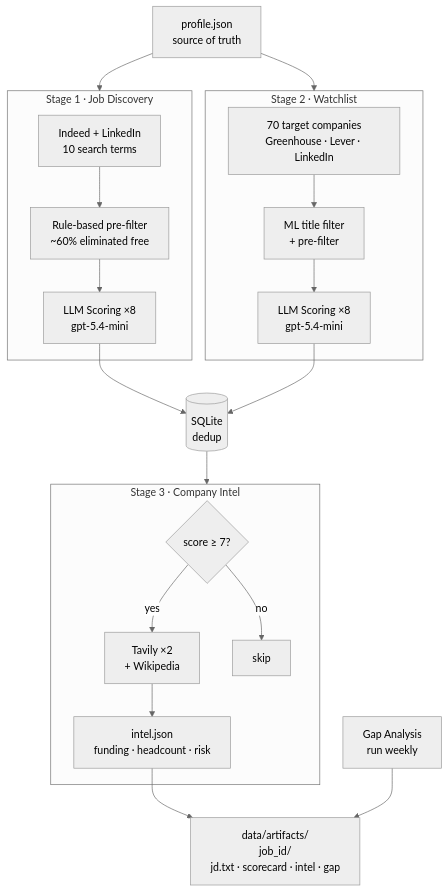
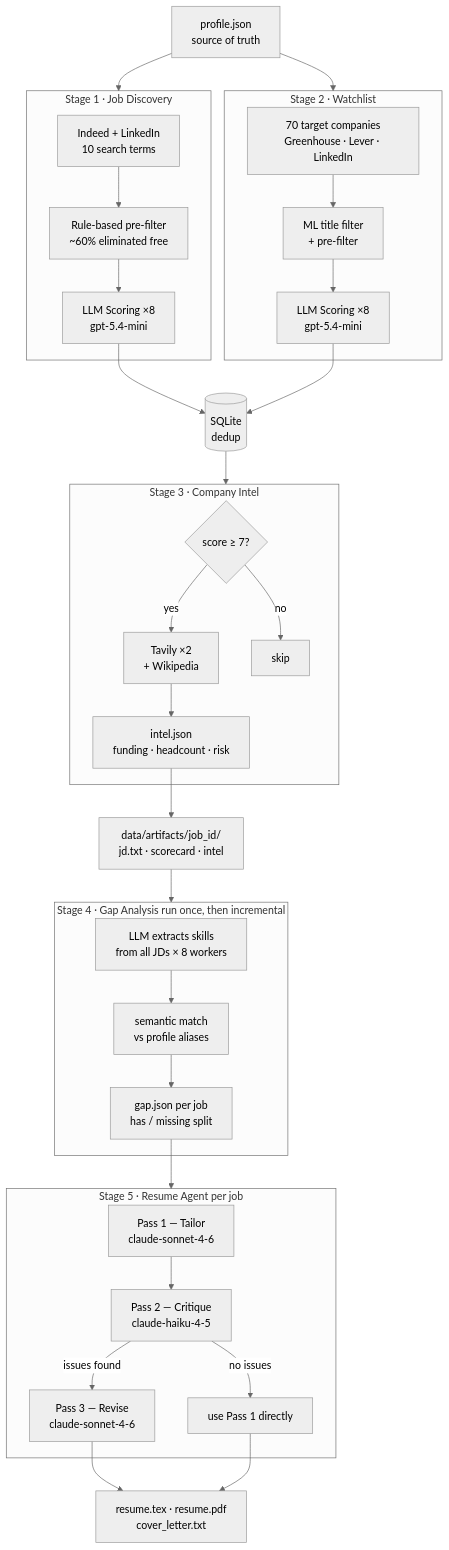
The diagram in README.md (shivangsingh26/dossier), drawn with Mermaid (neutral theme) before and after one commit. The commit also changed other lines of this file, not shown here.

````diff
--- a/README.md
+++ b/README.md
@@ -222,27 +227,41 @@
 ```mermaid
 flowchart TD
     P[profile.json\nsource of truth] --> D & W
 
     subgraph D[" Stage 1 · Job Discovery "]
         D1[Indeed + LinkedIn\n10 search terms] --> D2[Rule-based pre-filter\n~60% eliminated free]
         D2 --> D3[LLM Scoring ×8\ngpt-5.4-mini]
     end
 
     subgraph W[" Stage 2 · Watchlist "]
         W1[70 target companies\nGreenhouse · Lever · LinkedIn] --> W2[ML title filter\n+ pre-filter]
         W2 --> W3[LLM Scoring ×8\ngpt-5.4-mini]
     end
 
     D3 & W3 --> DB[(SQLite\ndedup)]
     DB --> I
 
     subgraph I[" Stage 3 · Company Intel "]
         I1{score ≥ 7?} -->|yes| I2[Tavily ×2\n+ Wikipedia]
         I2 --> I3[intel.json\nfunding · headcount · risk]
         I1 -->|no| I4[skip]
     end
 
-    I3 --> V[data/artifacts/\njob_id/\njd.txt · scorecard · intel · gap]
+    I3 --> V[data/artifacts/job_id/\njd.txt · scorecard · intel]
 
-    G[Gap Analysis\nrun weekly] --> V
+    subgraph G[" Stage 4 · Gap Analysis  run once, then incremental "]
+        G1[LLM extracts skills\nfrom all JDs × 8 workers] --> G2[semantic match\nvs profile aliases]
+        G2 --> G3[gap.json per job\nhas / missing split]
+    end
+
+    V --> G
+
+    subgraph R[" Stage 5 · Resume Agent  per job "]
+        R1[Pass 1 — Tailor\nclaude-sonnet-4-6] --> R2[Pass 2 — Critique\nclaude-haiku-4-5]
+        R2 -->|issues found| R3[Pass 3 — Revise\nclaude-sonnet-4-6]
+        R2 -->|no issues| R4[use Pass 1 directly]
+    end
+
+    G3 --> R
+    R3 & R4 --> OUT[resume.tex · resume.pdf\ncover_letter.txt]
 ```
````
